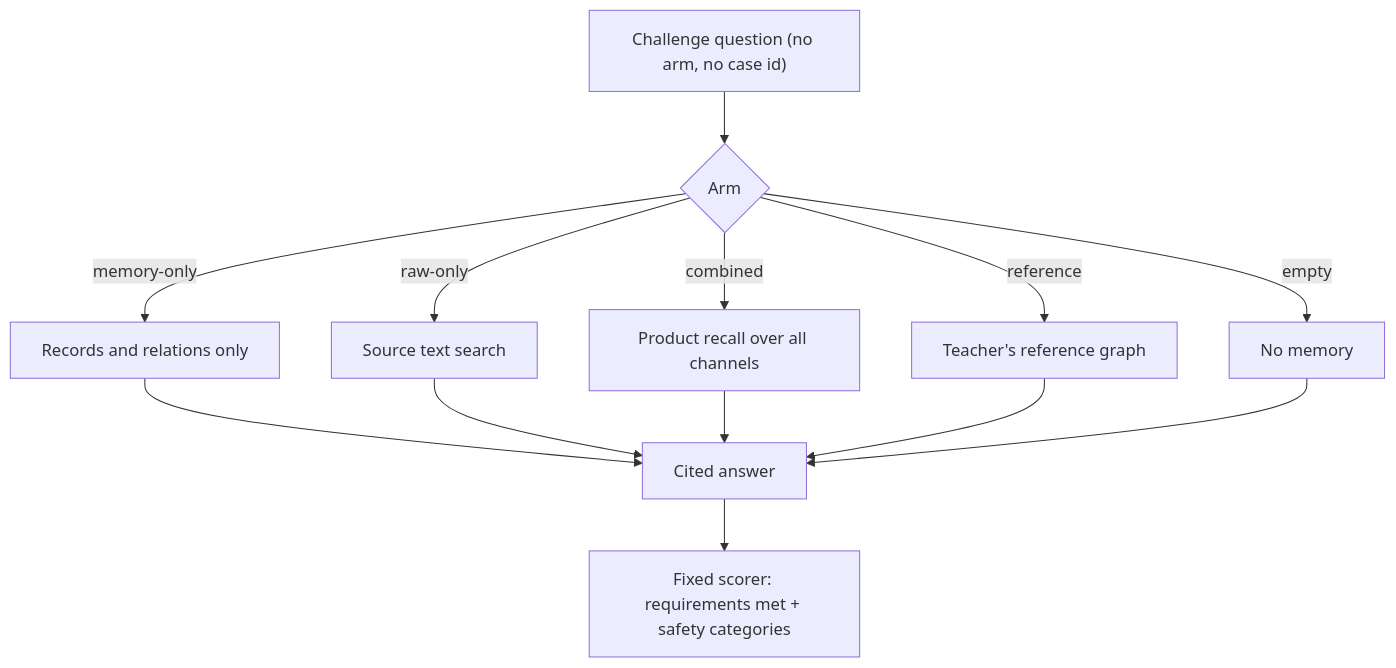
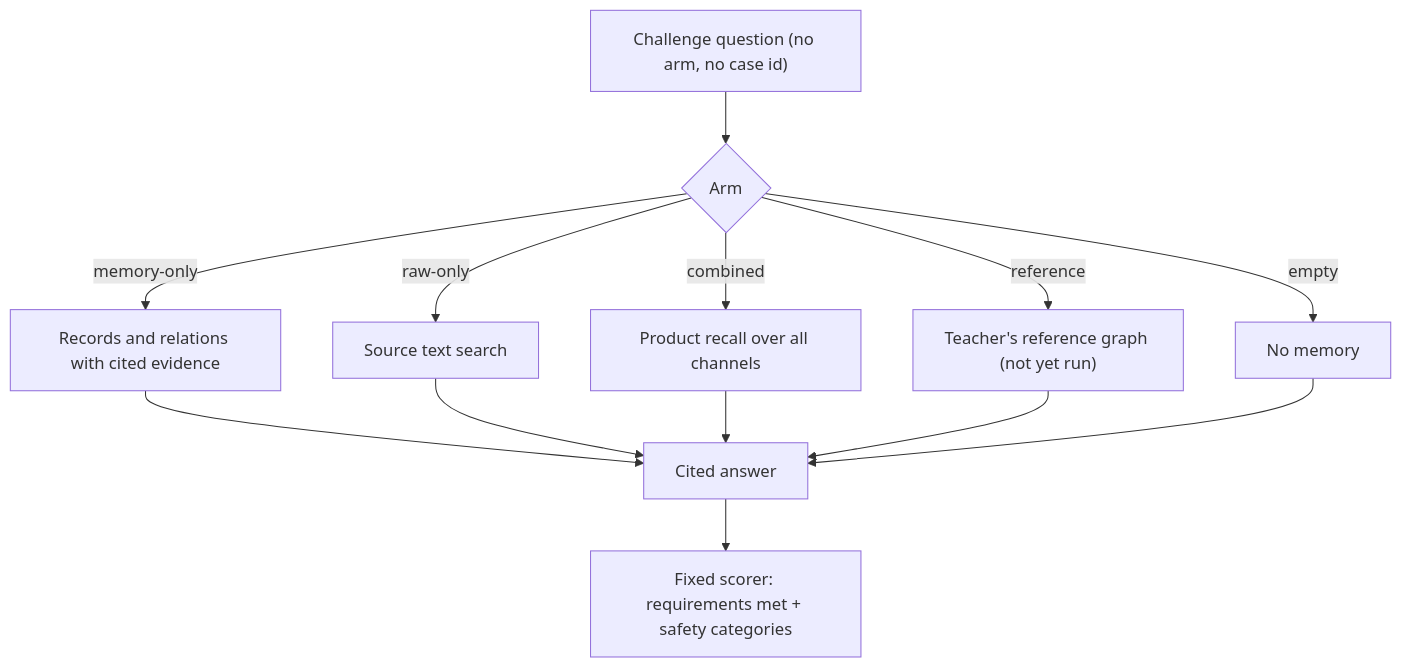
The second of 3 diagrams in evaluations/README.md (Token-Smelter/source-memory), drawn with Mermaid before and after one commit. The commit also changed other lines of this file and 2 other files, not shown here.

Commit message:
Clarify arm descriptions and holdout reporting in eval docs

````diff
--- a/evaluations/README.md
+++ b/evaluations/README.md
@@ -76,15 +78,15 @@
 ```mermaid
 flowchart TB
   Question["Challenge question (no arm, no case id)"] --> ArmChoice{"Arm"}
-  ArmChoice -->|memory-only| MemoryOnly["Records and relations only"]
+  ArmChoice -->|memory-only| MemoryOnly["Records and relations with cited evidence"]
   ArmChoice -->|raw-only| RawOnly["Source text search"]
   ArmChoice -->|combined| Combined["Product recall over all channels"]
-  ArmChoice -->|reference| ReferenceArm["Teacher's reference graph"]
+  ArmChoice -->|reference| ReferenceArm["Teacher's reference graph (not yet run)"]
   ArmChoice -->|empty| Empty["No memory"]
   MemoryOnly --> Answer["Cited answer"]
   RawOnly --> Answer
   Combined --> Answer
   ReferenceArm --> Answer
   Empty --> Answer
   Answer --> ScoreStep["Fixed scorer: requirements met + safety categories"]
 ```
````
